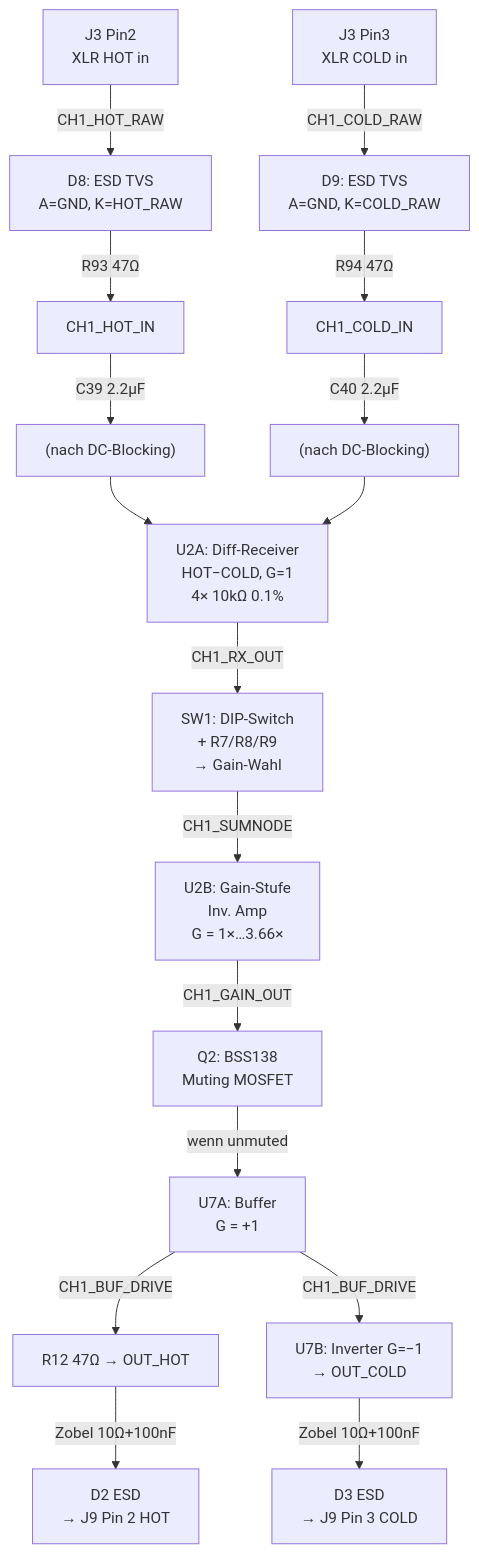
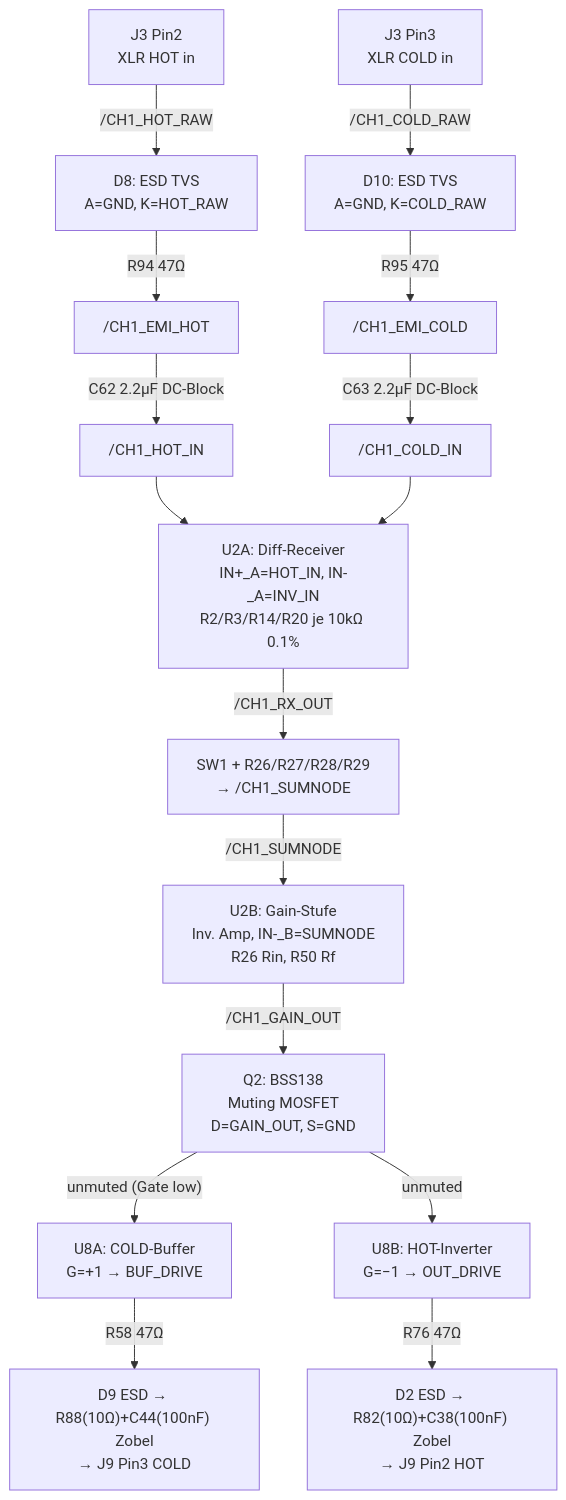
The eighth of 11 diagrams in README.md (jpsamuelson/aurora-icepower-booster), drawn with Mermaid before and after one commit. The commit also changed other lines of this file, not shown here.

````diff
--- a/README.md
+++ b/README.md
@@ -302,31 +329,29 @@
 ```mermaid
 flowchart TD
     A["J3 Pin2\nXLR HOT in"]
     B["J3 Pin3\nXLR COLD in"]
 
-    A -->|CH1_HOT_RAW| C1["D8: ESD TVS\nA=GND, K=HOT_RAW"]
-    B -->|CH1_COLD_RAW| C2["D9: ESD TVS\nA=GND, K=COLD_RAW"]
+    A -->|/CH1_HOT_RAW| D8["D8: ESD TVS\nA=GND, K=HOT_RAW"]
+    B -->|/CH1_COLD_RAW| D10["D10: ESD TVS\nA=GND, K=COLD_RAW"]
 
-    C1 -->|"R93 47Ω"| D1["CH1_HOT_IN"]
-    C2 -->|"R94 47Ω"| D2["CH1_COLD_IN"]
+    D8 -->|"R94 47Ω"| EMI_H["/CH1_EMI_HOT"]
+    D10 -->|"R95 47Ω"| EMI_C["/CH1_EMI_COLD"]
 
-    D1 -->|"C39 2.2µF"| E1["(nach DC-Blocking)"]
-    D2 -->|"C40 2.2µF"| E2["(nach DC-Blocking)"]
+    EMI_H -->|"C62 2.2µF DC-Block"| DC_H["/CH1_HOT_IN"]
+    EMI_C -->|"C63 2.2µF DC-Block"| DC_C["/CH1_COLD_IN"]
 
-    E1 --> F["U2A: Diff-Receiver\nHOT−COLD, G=1\n4× 10kΩ 0.1%"]
-    E2 --> F
+    DC_H --> UA["U2A: Diff-Receiver\nIN+_A=HOT_IN, IN-_A=INV_IN\nR2/R3/R14/R20 je 10kΩ 0.1%"]
+    DC_C --> UA
 
-    F -->|CH1_RX_OUT| G["SW1: DIP-Switch\n+ R7/R8/R9\n→ Gain-Wahl"]
+    UA -->|/CH1_RX_OUT| GAIN_IN["SW1 + R26/R27/R28/R29\n→ /CH1_SUMNODE"]
 
-    G -->|CH1_SUMNODE| H["U2B: Gain-Stufe\nInv. Amp\nG = 1×…3.66×"]
+    GAIN_IN -->|/CH1_SUMNODE| UB["U2B: Gain-Stufe\nInv. Amp, IN-_B=SUMNODE\nR26 Rin, R50 Rf"]
 
-    H -->|CH1_GAIN_OUT| I["Q2: BSS138\nMuting MOSFET"]
+    UB -->|/CH1_GAIN_OUT| Q2["Q2: BSS138\nMuting MOSFET\nD=GAIN_OUT, S=GND"]
 
-    I -->|"wenn unmuted"| J["U7A: Buffer\nG = +1"]
+    Q2 -->|"unmuted (Gate low)"| UA8["U8A: COLD-Buffer\nG=+1 → BUF_DRIVE"]
+    Q2 -->|"unmuted"| UB8["U8B: HOT-Inverter\nG=−1 → OUT_DRIVE"]
 
-    J -->|CH1_BUF_DRIVE| K1["R12 47Ω → OUT_HOT"]
-    J -->|CH1_BUF_DRIVE| K2["U7B: Inverter G=−1\n→ OUT_COLD"]
-
-    K1 -->|"Zobel 10Ω+100nF"| L1["D2 ESD\n→ J9 Pin 2 HOT"]
-    K2 -->|"Zobel 10Ω+100nF"| L2["D3 ESD\n→ J9 Pin 3 COLD"]
+    UA8 -->|"R58 47Ω"| COLD_ESD["D9 ESD → R88(10Ω)+C44(100nF) Zobel\n→ J9 Pin3 COLD"]
+    UB8 -->|"R76 47Ω"| HOT_ESD["D2 ESD → R82(10Ω)+C38(100nF) Zobel\n→ J9 Pin2 HOT"]
 ```
````
